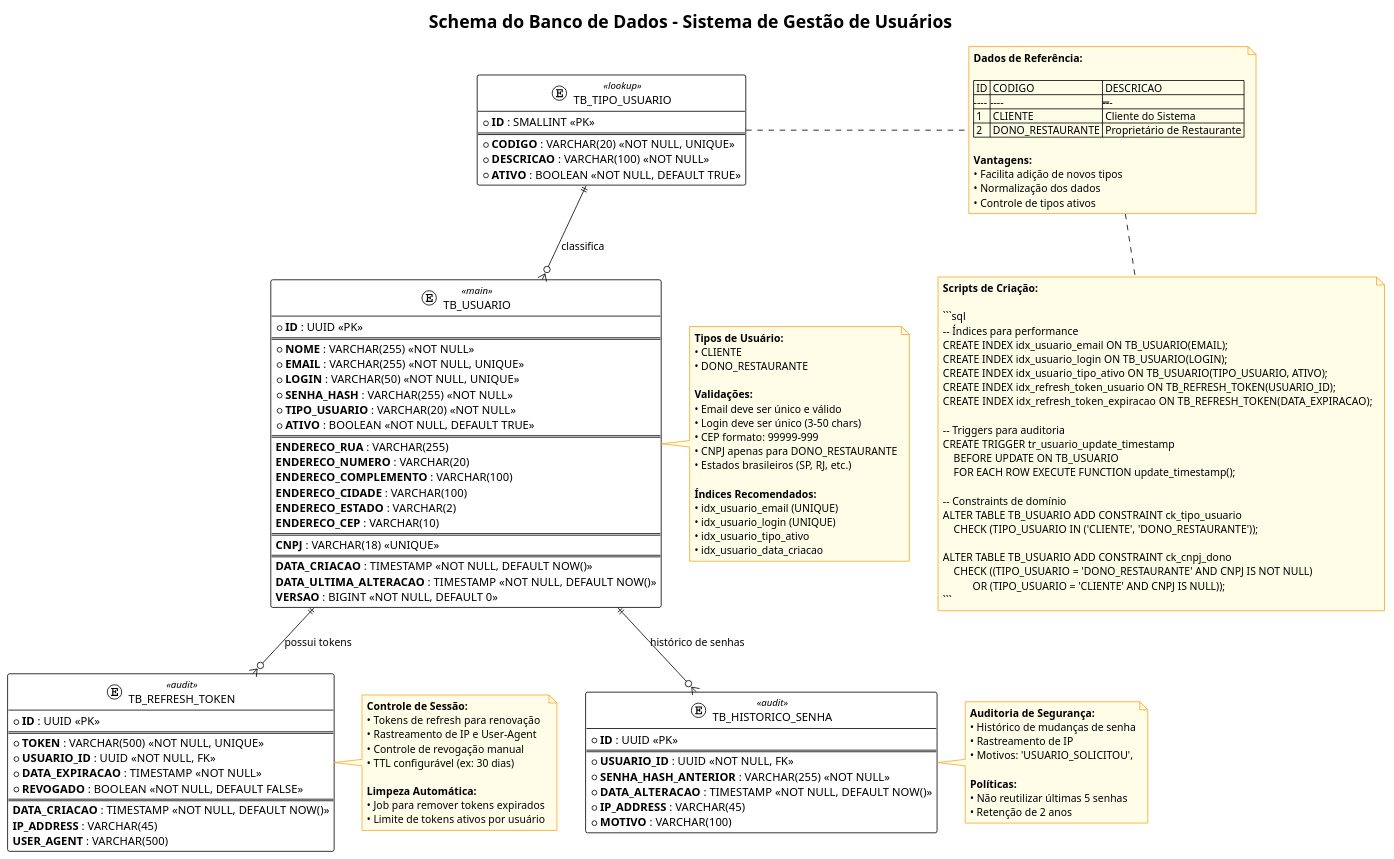
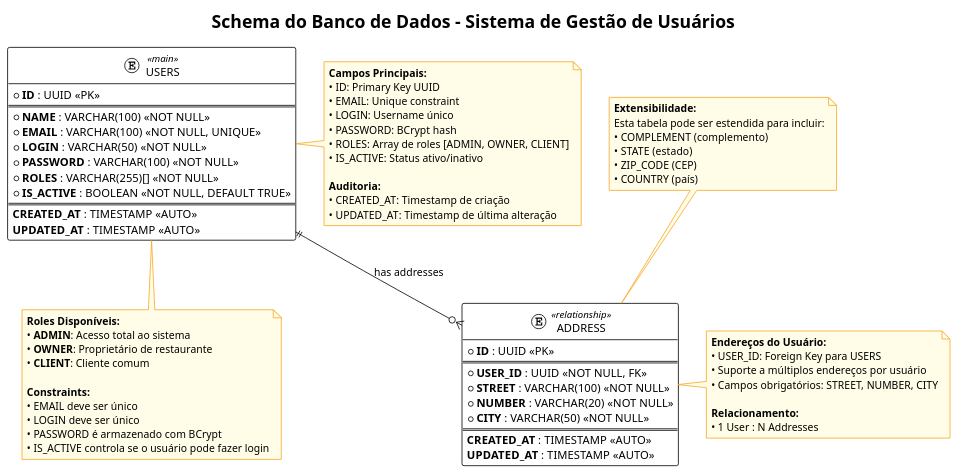
Before and after one commit to Equipe-3-FIAP-POS-GRAD-ARC-JAVA/tech-challenge-fase-01: the diagram in docs/diag04.puml, drawn with PlantUML. The commit also changed 4 other files, not shown here.

Commit message:
Update diagrams

````diff
--- a/docs/diag04.puml
+++ b/docs/diag04.puml
@@ -1,169 +1,97 @@
 @startuml Database_Schema
 !theme plain
 title Schema do Banco de Dados - Sistema de Gestão de Usuários
 
 ' Configuração de estilos
 skinparam entity {
     BackgroundColor<<main>> #E3F2FD
     BorderColor<<main>> #1976D2
-    BackgroundColor<<audit>> #FFF3E0
-    BorderColor<<audit>> #F57C00
+    BackgroundColor<<relationship>> #FFF3E0
+    BorderColor<<relationship>> #F57C00
     BackgroundColor<<lookup>> #E8F5E8
     BorderColor<<lookup>> #388E3C
 }
 
 skinparam note {
     BackgroundColor #FFFDE7
     BorderColor #F9A825
 }
 
 ' Tabela principal de usuários
-entity TB_USUARIO <<main>> {
+entity USERS <<main>> {
     * **ID** : UUID <<PK>>
     ==
-    * **NOME** : VARCHAR(255) <<NOT NULL>>
-    * **EMAIL** : VARCHAR(255) <<NOT NULL, UNIQUE>>
-    * **LOGIN** : VARCHAR(50) <<NOT NULL, UNIQUE>>
-    * **SENHA_HASH** : VARCHAR(255) <<NOT NULL>>
-    * **TIPO_USUARIO** : VARCHAR(20) <<NOT NULL>>
-    * **ATIVO** : BOOLEAN <<NOT NULL, DEFAULT TRUE>>
+    * **NAME** : VARCHAR(100) <<NOT NULL>>
+    * **EMAIL** : VARCHAR(100) <<NOT NULL, UNIQUE>>
+    * **LOGIN** : VARCHAR(50) <<NOT NULL>>
+    * **PASSWORD** : VARCHAR(100) <<NOT NULL>>
+    * **ROLES** : VARCHAR(255)[] <<NOT NULL>>
+    * **IS_ACTIVE** : BOOLEAN <<NOT NULL, DEFAULT TRUE>>
     ==
-    **ENDERECO_RUA** : VARCHAR(255)
-    **ENDERECO_NUMERO** : VARCHAR(20)
-    **ENDERECO_COMPLEMENTO** : VARCHAR(100)
-    **ENDERECO_CIDADE** : VARCHAR(100)
-    **ENDERECO_ESTADO** : VARCHAR(2)
-    **ENDERECO_CEP** : VARCHAR(10)
-    ==
-    **CNPJ** : VARCHAR(18) <<UNIQUE>>
-    ==
-    **DATA_CRIACAO** : TIMESTAMP <<NOT NULL, DEFAULT NOW()>>
-    **DATA_ULTIMA_ALTERACAO** : TIMESTAMP <<NOT NULL, DEFAULT NOW()>>
-    **VERSAO** : BIGINT <<NOT NULL, DEFAULT 0>>
+    **CREATED_AT** : TIMESTAMP <<AUTO>>
+    **UPDATED_AT** : TIMESTAMP <<AUTO>>
 }
 
-' Tabela de tokens de refresh (para controle de sessões)
-entity TB_REFRESH_TOKEN <<audit>> {
+' Tabela de endereços (relacionamento 1:N)
+entity ADDRESS <<relationship>> {
     * **ID** : UUID <<PK>>
     ==
-    * **TOKEN** : VARCHAR(500) <<NOT NULL, UNIQUE>>
-    * **USUARIO_ID** : UUID <<NOT NULL, FK>>
-    * **DATA_EXPIRACAO** : TIMESTAMP <<NOT NULL>>
-    * **REVOGADO** : BOOLEAN <<NOT NULL, DEFAULT FALSE>>
+    * **USER_ID** : UUID <<NOT NULL, FK>>
+    * **STREET** : VARCHAR(100) <<NOT NULL>>
+    * **NUMBER** : VARCHAR(20) <<NOT NULL>>
+    * **CITY** : VARCHAR(50) <<NOT NULL>>
     ==
-    **DATA_CRIACAO** : TIMESTAMP <<NOT NULL, DEFAULT NOW()>>
-    **IP_ADDRESS** : VARCHAR(45)
-    **USER_AGENT** : VARCHAR(500)
-}
-
-' Tabela de auditoria para mudanças de senha
-entity TB_HISTORICO_SENHA <<audit>> {
-    * **ID** : UUID <<PK>>
-    ==
-    * **USUARIO_ID** : UUID <<NOT NULL, FK>>
-    * **SENHA_HASH_ANTERIOR** : VARCHAR(255) <<NOT NULL>>
-    * **DATA_ALTERACAO** : TIMESTAMP <<NOT NULL, DEFAULT NOW()>>
-    * **IP_ADDRESS** : VARCHAR(45)
-    * **MOTIVO** : VARCHAR(100)
-}
-
-' Tabela lookup para tipos de usuário (opcional, para normalização)
-entity TB_TIPO_USUARIO <<lookup>> {
-    * **ID** : SMALLINT <<PK>>
-    ==
-    * **CODIGO** : VARCHAR(20) <<NOT NULL, UNIQUE>>
-    * **DESCRICAO** : VARCHAR(100) <<NOT NULL>>
-    * **ATIVO** : BOOLEAN <<NOT NULL, DEFAULT TRUE>>
+    **CREATED_AT** : TIMESTAMP <<AUTO>>
+    **UPDATED_AT** : TIMESTAMP <<AUTO>>
 }
 
 ' Relacionamentos
-TB_USUARIO ||--o{ TB_REFRESH_TOKEN : "possui tokens"
-TB_USUARIO ||--o{ TB_HISTORICO_SENHA : "histórico de senhas"
-TB_TIPO_USUARIO ||--o{ TB_USUARIO : "classifica"
+USERS ||--o{ ADDRESS : "has addresses"
 
-' Notas explicativas
-note right of TB_USUARIO
-    **Tipos de Usuário:**
-    • CLIENTE
-    • DONO_RESTAURANTE
+note right of USERS
+    **Campos Principais:**
+    • ID: Primary Key UUID
+    • EMAIL: Unique constraint
+    • LOGIN: Username único
+    • PASSWORD: BCrypt hash
+    • ROLES: Array de roles [ADMIN, OWNER, CLIENT]
+    • IS_ACTIVE: Status ativo/inativo
     
-    **Validações:**
-    • Email deve ser único e válido
-    • Login deve ser único (3-50 chars)
-    • CEP formato: 99999-999
-    • CNPJ apenas para DONO_RESTAURANTE
-    • Estados brasileiros (SP, RJ, etc.)
-    
-    **Índices Recomendados:**
-    • idx_usuario_email (UNIQUE)
-    • idx_usuario_login (UNIQUE)
-    • idx_usuario_tipo_ativo
-    • idx_usuario_data_criacao
+    **Auditoria:**
+    • CREATED_AT: Timestamp de criação
+    • UPDATED_AT: Timestamp de última alteração
 end note
 
-note right of TB_REFRESH_TOKEN
-    **Controle de Sessão:**
-    • Tokens de refresh para renovação
-    • Rastreamento de IP e User-Agent
-    • Controle de revogação manual
-    • TTL configurável (ex: 30 dias)
+note right of ADDRESS
+    **Endereços do Usuário:**
+    • USER_ID: Foreign Key para USERS
+    • Suporte a múltiplos endereços por usuário
+    • Campos obrigatórios: STREET, NUMBER, CITY
     
-    **Limpeza Automática:**
-    • Job para remover tokens expirados
-    • Limite de tokens ativos por usuário
+    **Relacionamento:**
+    • 1 User : N Addresses
 end note
 
-note right of TB_HISTORICO_SENHA
-    **Auditoria de Segurança:**
-    • Histórico de mudanças de senha
-    • Rastreamento de IP
-    • Motivos: 'USUARIO_SOLICITOU', 
-      'RESET_EMAIL', 'ADMIN_RESET'
+note bottom of USERS
+    **Roles Disponíveis:**
+    • **ADMIN**: Acesso total ao sistema
+    • **OWNER**: Proprietário de restaurante  
+    • **CLIENT**: Cliente comum
     
-    **Políticas:**
-    • Não reutilizar últimas 5 senhas
-    • Retenção de 2 anos
+    **Constraints:**
+    • EMAIL deve ser único
+    • LOGIN deve ser único
+    • PASSWORD é armazenado com BCrypt
+    • IS_ACTIVE controla se o usuário pode fazer login
 end note
 
-note right of TB_TIPO_USUARIO
-    **Dados de Referência:**
-    
-    | ID | CODIGO | DESCRICAO |
-    |----|----|-----------|
-    | 1  | CLIENTE | Cliente do Sistema |
-    | 2  | DONO_RESTAURANTE | Proprietário de Restaurante |
-    
-    **Vantagens:**
-    • Facilita adição de novos tipos
-    • Normalização dos dados
-    • Controle de tipos ativos
-end note
-
-' Scripts DDL de apoio
-note bottom
-    **Scripts de Criação:**
-    
-    ```sql
-    -- Índices para performance
-    CREATE INDEX idx_usuario_email ON TB_USUARIO(EMAIL);
-    CREATE INDEX idx_usuario_login ON TB_USUARIO(LOGIN);
-    CREATE INDEX idx_usuario_tipo_ativo ON TB_USUARIO(TIPO_USUARIO, ATIVO);
-    CREATE INDEX idx_refresh_token_usuario ON TB_REFRESH_TOKEN(USUARIO_ID);
-    CREATE INDEX idx_refresh_token_expiracao ON TB_REFRESH_TOKEN(DATA_EXPIRACAO);
-    
-    -- Triggers para auditoria
-    CREATE TRIGGER tr_usuario_update_timestamp 
-        BEFORE UPDATE ON TB_USUARIO
-        FOR EACH ROW EXECUTE FUNCTION update_timestamp();
-    
-    -- Constraints de domínio
-    ALTER TABLE TB_USUARIO ADD CONSTRAINT ck_tipo_usuario 
-        CHECK (TIPO_USUARIO IN ('CLIENTE', 'DONO_RESTAURANTE'));
-    
-    ALTER TABLE TB_USUARIO ADD CONSTRAINT ck_cnpj_dono 
-        CHECK ((TIPO_USUARIO = 'DONO_RESTAURANTE' AND CNPJ IS NOT NULL) 
-               OR (TIPO_USUARIO = 'CLIENTE' AND CNPJ IS NULL));
-    ```
+note top of ADDRESS
+    **Extensibilidade:**
+    Esta tabela pode ser estendida para incluir:
+    • COMPLEMENT (complemento)
+    • STATE (estado)
+    • ZIP_CODE (CEP)
+    • COUNTRY (país)
 end note
 
 @enduml
````
